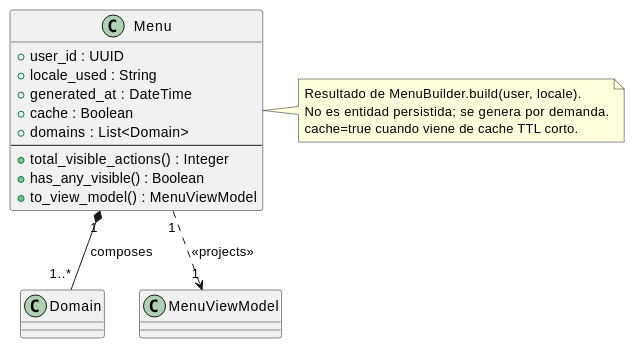
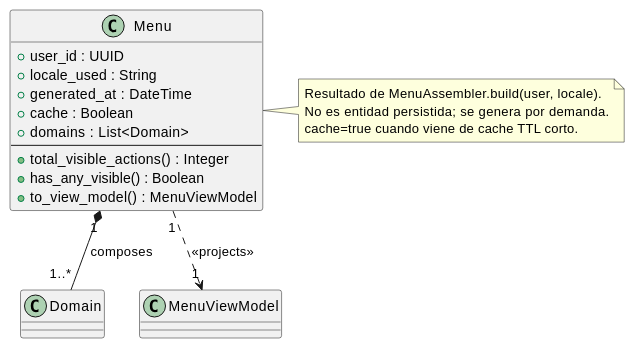
Before and after one commit to jcg-admin/IACT-docs: the diagram in source/arquitectura-tecnica/domain-model/menu.rst, drawn with PlantUML. The commit also changed other lines of this file and 12 other files, not shown here.

First line of the commit message:
Rename non-fluent Builder classes to Assembler (WP-E 7-11/13)

```diff
--- a/source/arquitectura-tecnica/domain-model/menu.rst
+++ b/source/arquitectura-tecnica/domain-model/menu.rst
@@ -54,31 +54,31 @@
 .. uml::
  :caption: Clase Menu — proyección filtrada por permisos
            del árbol de navegación para un usuario.
 
  @startuml
 
  class Menu {
    + user_id : UUID
    + locale_used : String
    + generated_at : DateTime
    + cache : Boolean
    + domains : List<Domain>
    --
    + total_visible_actions() : Integer
    + has_any_visible() : Boolean
    + to_view_model() : MenuViewModel
  }
 
  class Domain
  class MenuViewModel
 
  Menu "1" *-- "1..*" Domain : composes
  Menu "1" ..> "1" MenuViewModel : <<projects>>
 
  note right of Menu
-   Resultado de MenuBuilder.build(user, locale).
+   Resultado de MenuAssembler.build(user, locale).
    No es entidad persistida; se genera por demanda.
    cache=true cuando viene de cache TTL corto.
  end note
 
  @enduml
```
